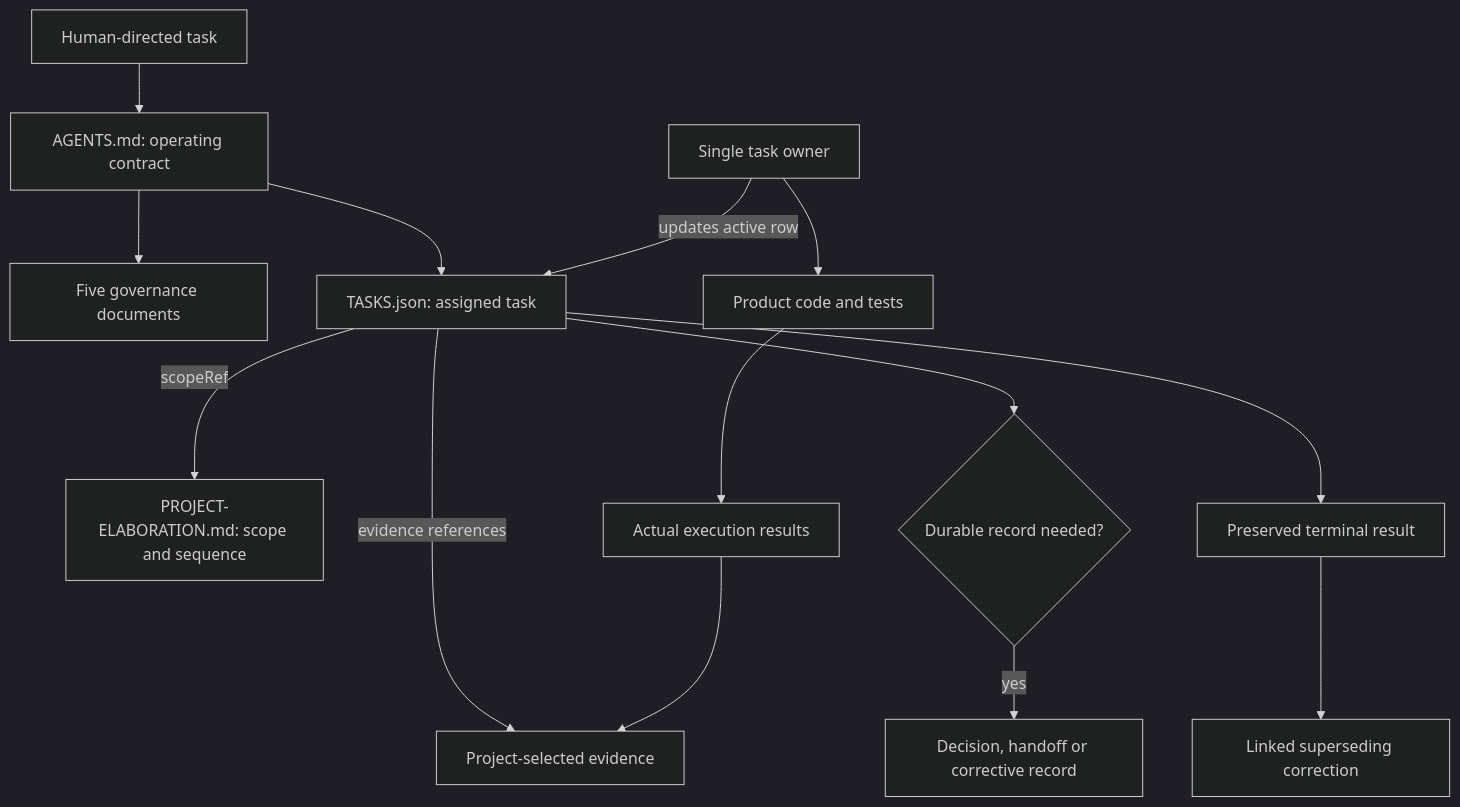
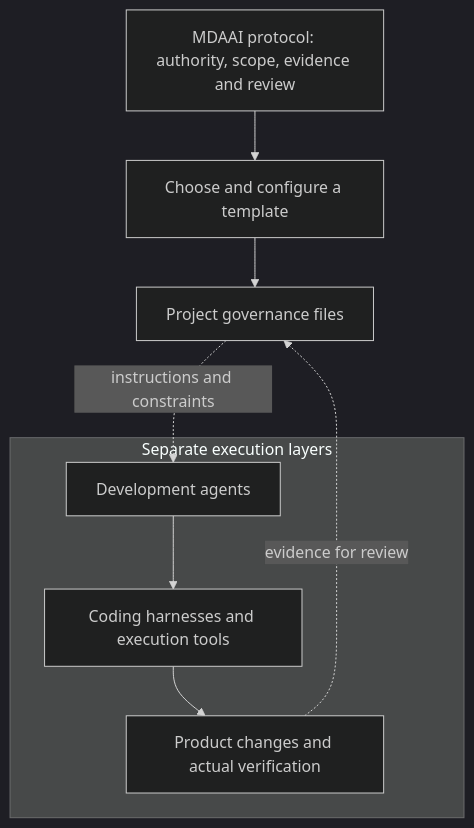
The first of 2 diagrams in README.md (Eris-Margeta/mdaai), drawn with Mermaid (dark theme) before and after one commit. The commit also changed other lines of this file and 45 other files, not shown here.

Commit message:
Publish protocol-first template directory and book-cover identity

````diff
--- a/README.md
+++ b/README.md
@@ -51,16 +48,11 @@
 ```mermaid
 flowchart TD
-    H[Human-directed task] --> A[AGENTS.md: operating contract]
-    A --> G[Five governance documents]
-    A --> T[TASKS.json: assigned task]
-    T -->|scopeRef| P[PROJECT-ELABORATION.md: scope and sequence]
-    T -->|evidence references| E[Project-selected evidence]
-    O[Single task owner] -->|updates active row| T
-    O --> C[Product code and tests]
-    C --> R[Actual execution results]
-    R --> E
-    T --> D{Durable record needed?}
-    D -->|yes| L[Decision, handoff or corrective record]
-    T --> F[Preserved terminal result]
-    F --> S[Linked superseding correction]
+    P[MDAAI protocol: authority, scope, evidence and review] --> T[Choose and configure a template]
+    T --> G[Project governance files]
+    subgraph X[Separate execution layers]
+        A[Development agents] --> H[Coding harnesses and execution tools]
+        H --> R[Product changes and actual verification]
+    end
+    G -. instructions and constraints .-> A
+    R -. evidence for review .-> G
 ```
````
